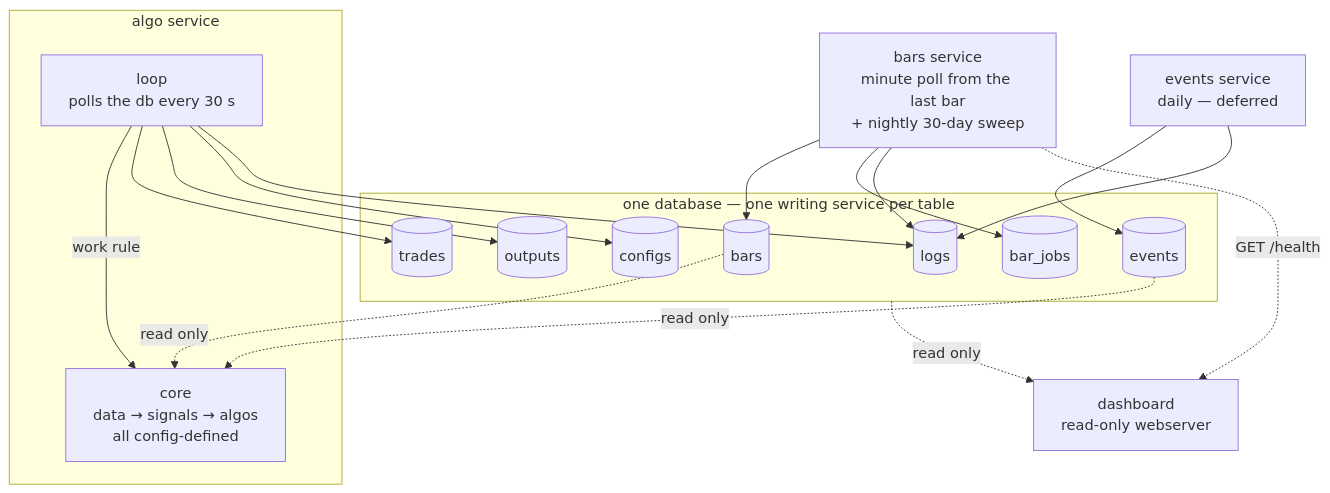
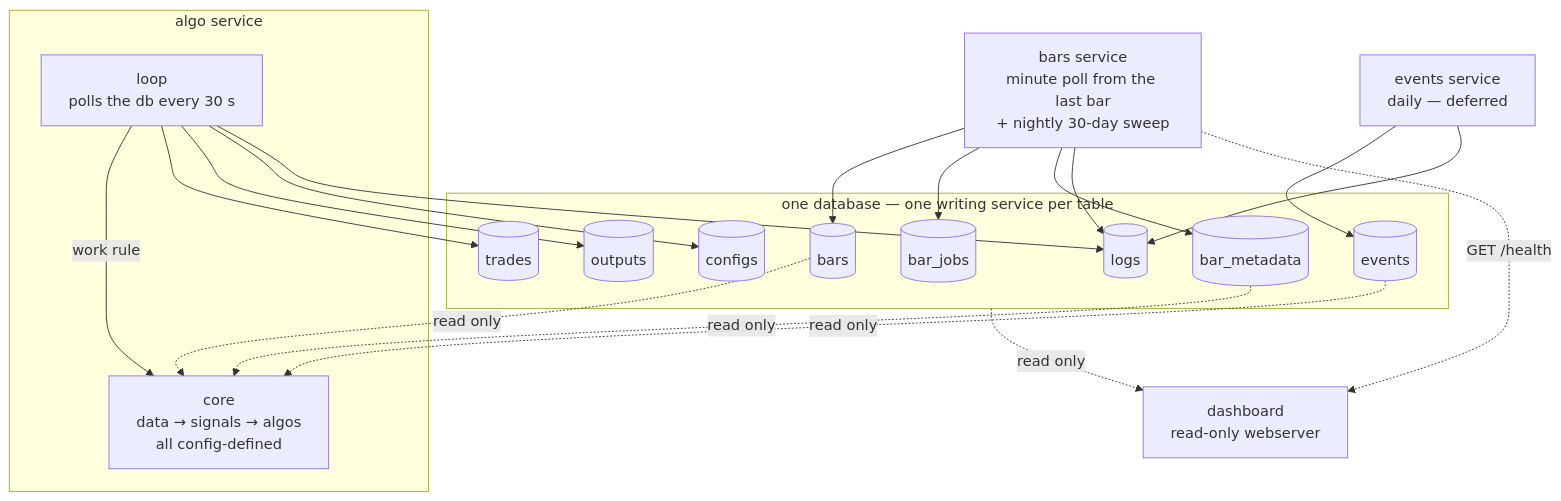
Before and after one commit to dongurihouse/trader: the diagram in design.md, drawn with Mermaid. The commit also changed other lines of this file, not shown here.

First line of the commit message:
Add bar_metadata to the design

````diff
--- a/design.md
+++ b/design.md
@@ -358,32 +389,35 @@
 ```mermaid
 flowchart TB
     BARS[bars service<br/>minute poll from the last bar<br/>+ nightly 30-day sweep]
     EVENTS[events service<br/>daily — deferred]
 
     BARS --> BT[(bars)]
     BARS --> BJ[(bar_jobs)]
+    BARS --> BM[(bar_metadata)]
     EVENTS --> ET[(events)]
 
     subgraph DB [one database — one writing service per table]
         BT
         BJ
+        BM
         ET
         TR[(trades)]
         OUT[(outputs)]
         CFG[(configs)]
         LG[(logs)]
     end
 
     subgraph ALGO [algo service]
         LOOP[loop<br/>polls the db every 30 s] -- work rule --> CORE[core<br/>data → signals → algos<br/>all config-defined]
     end
 
     BT -. read only .-> CORE
+    BM -. read only .-> CORE
     ET -. read only .-> CORE
     LOOP --> TR
     LOOP --> OUT
     LOOP --> CFG
     BARS & EVENTS & LOOP --> LG
     DB -. read only .-> DASH[dashboard<br/>read-only webserver]
     BARS -. GET /health .-> DASH
 ```
````
